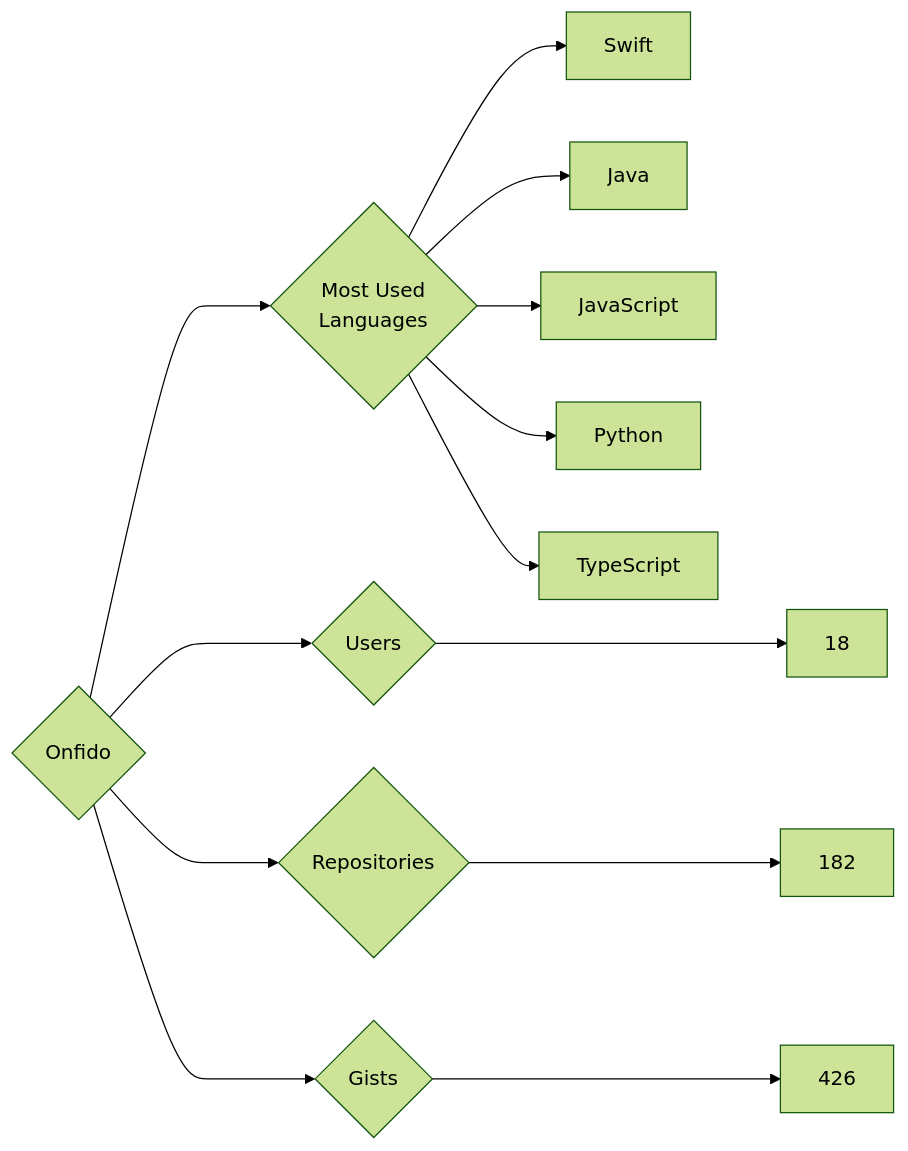
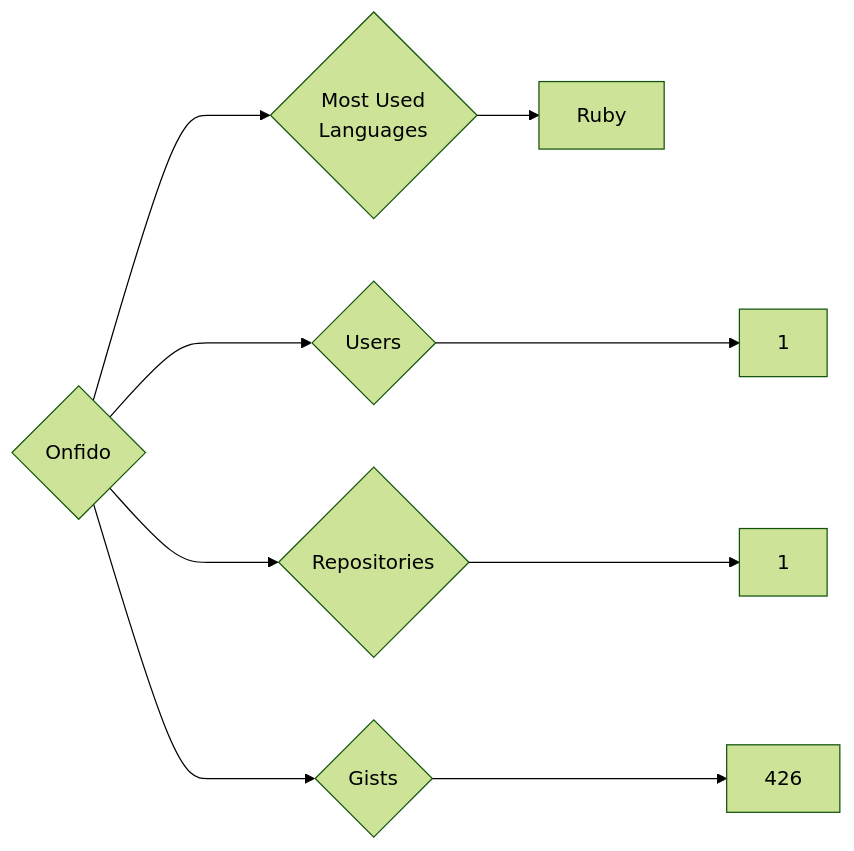
One commit to trickest/insiders changed the diagram in targets/Onfido/README.md. Above: the diagram before and after it, drawn with Mermaid (forest theme). The commit also changed 928 other files, not shown here.

````diff
--- a/targets/Onfido/README.md
+++ b/targets/Onfido/README.md
@@ -3,13 +3,9 @@
 ```mermaid
 graph LR
 COMPANY_NAME{Onfido}
-COMPANY_NAME ---> U{Users} ---> UN[18]
-COMPANY_NAME ---> R{Repositories} ---> RN[182]
+COMPANY_NAME ---> U{Users} ---> UN[1]
+COMPANY_NAME ---> R{Repositories} ---> RN[1]
 COMPANY_NAME ---> G{Gists} ---> GN[426]
 COMPANY_NAME ---> ML{Most Used<br>Languages}
-ML --> Swift[Swift]
-ML --> Java[Java]
-ML --> JavaScript[JavaScript]
-ML --> Python[Python]
-ML --> TypeScript[TypeScript]
+ML --> Ruby[Ruby]
 ```
````
